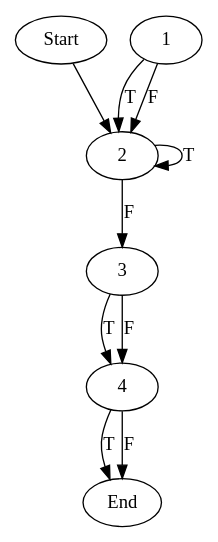
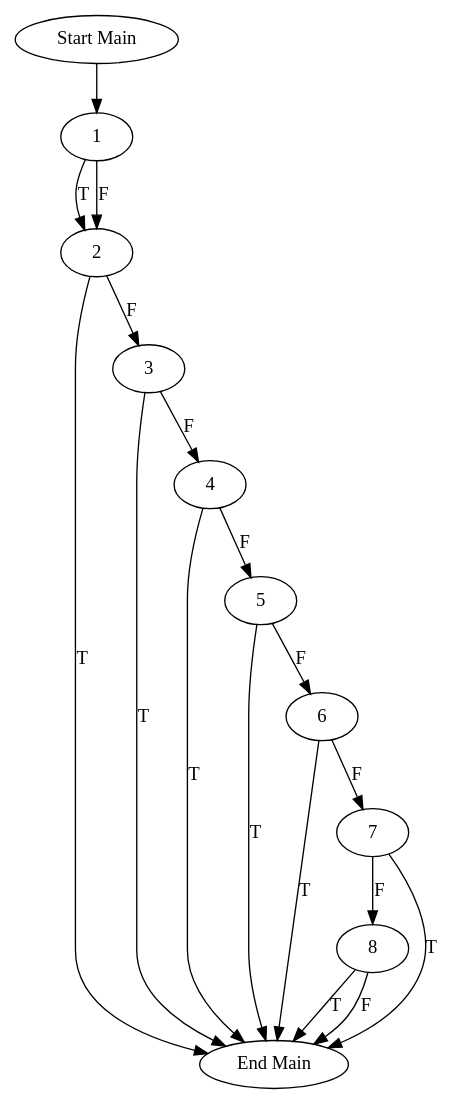
One commit to echancrure/Sikraken changed the diagram in Parser/input2.dot. Above: the diagram before and after it, drawn with Graphviz. The commit also changed 13 other files, not shown here.

```diff
--- a/Parser/input2.dot
+++ b/Parser/input2.dot
@@ -1,11 +1,21 @@
 digraph CFG {
-"Start" -> "2"	 
-"4" -> "End" [label = "T"];
-"4" -> "End" [label = "F"];
-"3" -> "4" [label = "T"];
+subgraph Main{
+"Start Main" -> "1"	 
+"8" -> "End Main" [label = "T"];
+"8" -> "End Main" [label = "F"];
+"7" -> "End Main" [label = "T"];
+"7" -> "8" [label = "F"];
+"6" -> "End Main" [label = "T"];
+"6" -> "7" [label = "F"];
+"5" -> "End Main" [label = "T"];
+"5" -> "6" [label = "F"];
+"4" -> "End Main" [label = "T"];
+"4" -> "5" [label = "F"];
+"3" -> "End Main" [label = "T"];
 "3" -> "4" [label = "F"];
-"2" -> "2" [label = "T"];
+"2" -> "End Main" [label = "T"];
 "2" -> "3" [label = "F"];
 "1" -> "2" [label = "T"];
 "1" -> "2" [label = "F"];
 }
+}
```
